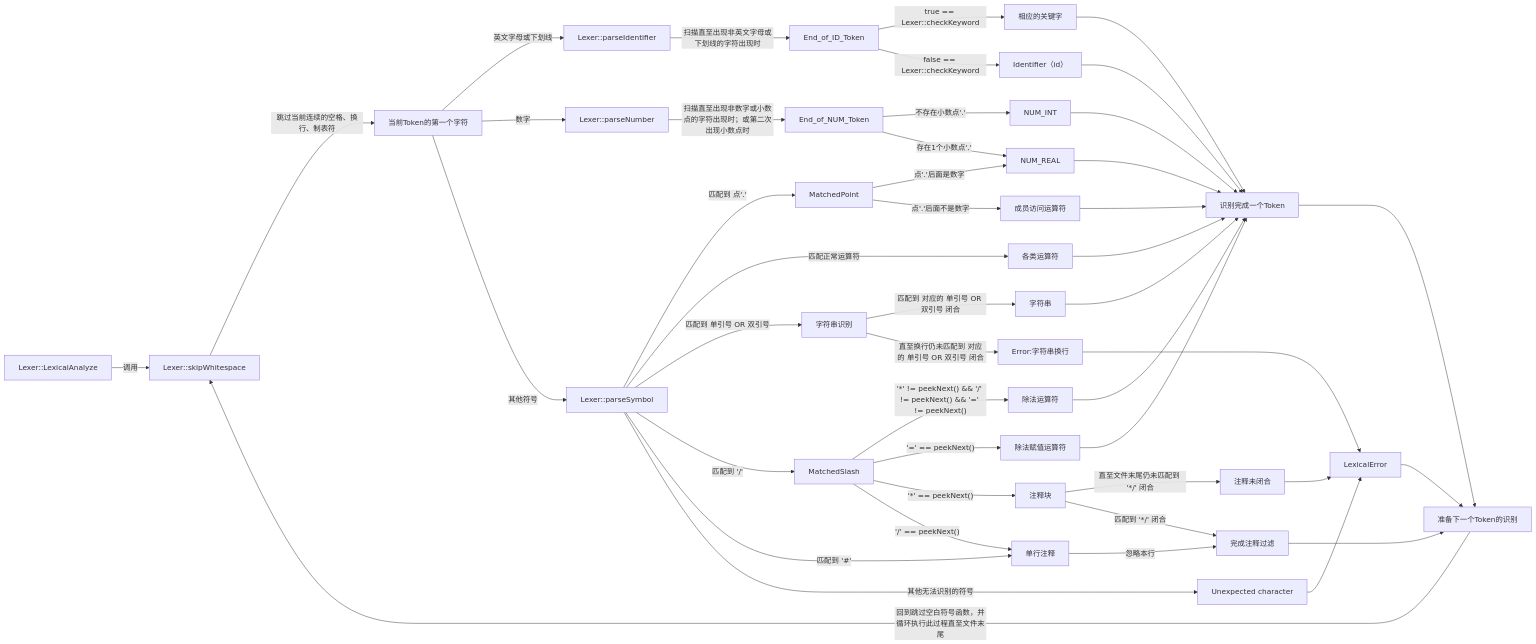
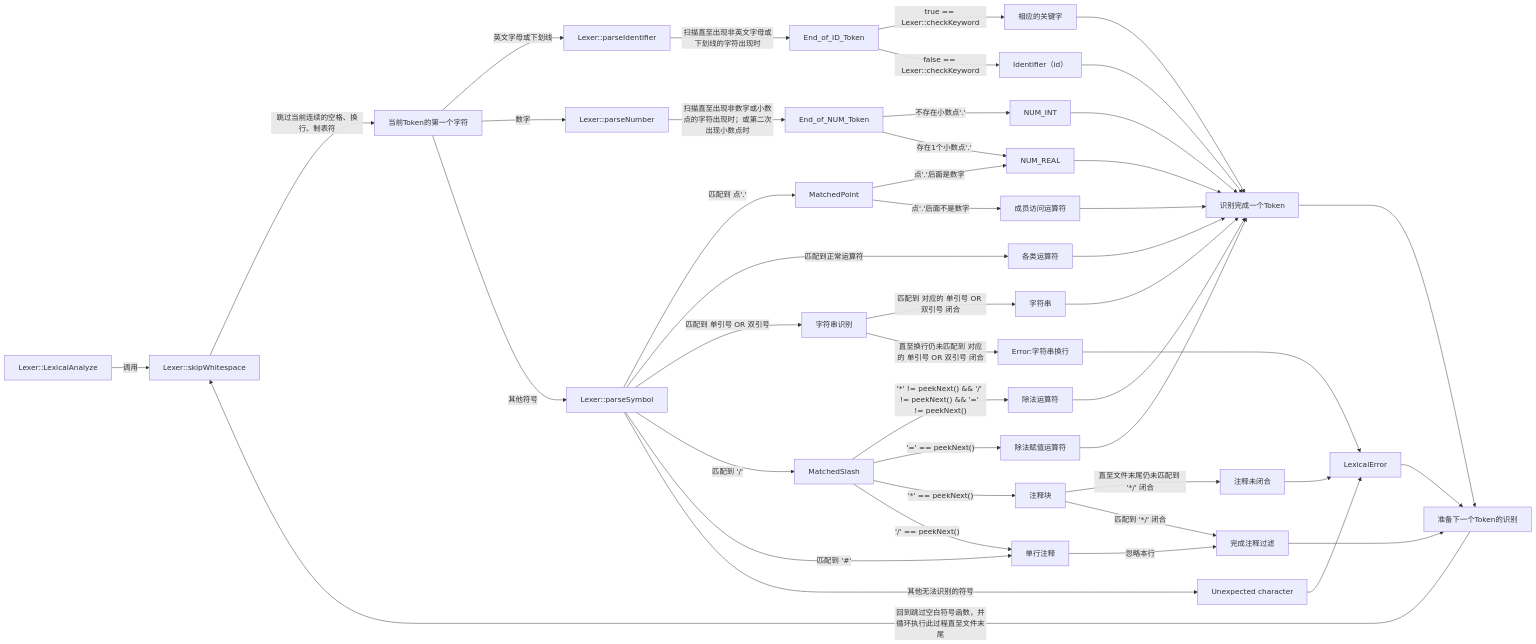
The diagram in LiteCompiler_C++/README.md (ice-bubble/LiteCompiler), drawn with Mermaid before and after one commit. The commit also changed other lines of this file and 1 other file, not shown here.

Commit message:
增加Visio绘制的算法流程图

````diff
--- a/LiteCompiler_C++/README.md
+++ b/LiteCompiler_C++/README.md
@@ -201,66 +162,65 @@
 ```mermaid
 graph LR
     Lexer::LexicalAnalyze["Lexer::LexicalAnalyze"] --> |"调用"|Lexer::skipWhitespace["Lexer::skipWhitespace"]
     Lexer::skipWhitespace --> |"跳过当前连续的空格、换行、制表符"|start["当前Token的第一个字符"]
     
     start --> |"英文字母或下划线"| Lexer::parseIdentifier["Lexer::parseIdentifier"]
     start --> |"数字"| Lexer::parseNumber["Lexer::parseNumber"]
     start --> |"其他符号"| Lexer::parseSymbol["Lexer::parseSymbol"]
     
     Lexer::parseIdentifier --> |"扫描直至出现非英文字母或下划线的字符出现时"|IdentifierEnd["End_of_ID_Token"]
     IdentifierEnd --> |"true == Lexer::checkKeyword"|returnKeywordType["相应的关键字"]
     IdentifierEnd --> |"false == Lexer::checkKeyword"|returnIdentifier["Identifier（id）"]
     
     Lexer::parseNumber --> |"扫描直至出现非数字或小数点的字符出现时；或第二次出现小数点时"|NumberEnd["End_of_NUM_Token"]
     NumberEnd --> |"不存在小数点'.'"|NUM_INT["NUM_INT"]
     NumberEnd --> |"存在1个小数点'.'"|NUM_REAL["NUM_REAL"]
     
     
     Lexer::parseSymbol --> |"匹配到 点'.'"|MatchedPoint["MatchedPoint"]
     MatchedPoint --> |"点'.'后面是数字"| NUM_REAL["NUM_REAL"]
     MatchedPoint --> |"点'.'后面不是数字"| Point_Operators["成员访问运算符"]
     
-    Lexer::parseSymbol --> |"匹配正常运算符"| Symbol_Operators["各类运算符"]
+    Lexer::parseSymbol --> |"匹配到正常运算符"| Symbol_Operators["各类运算符"]
     
-    Lexer::parseSymbol --> |"匹配到 单引号 OR 双引号 "| StringStart["字符串识别"]
+    Lexer::parseSymbol --> |"匹配到 单引号 OR 双引号"| StringStart["字符串识别"]
     StringStart --> |"匹配到 对应的 单引号 OR 双引号 闭合"| StringEnd["字符串"]
     StringStart --> |"直至换行仍未匹配到 对应的 单引号 OR 双引号 闭合"| StringError["Error:字符串换行"]
     
     Lexer::parseSymbol --> |"匹配到 '/'"| MatchedSlash["MatchedSlash"]
     MatchedSlash --> |"'*' != peekNext() && '/' != peekNext() && '=' != peekNext()"| Divide_Operators["除法运算符"]
     MatchedSlash --> |"'=' == peekNext()"| Divide_Assignmnt_Operators["除法赋值运算符"]
     MatchedSlash --> |"'*' == peekNext()"| CommentBlock["注释块"]
     MatchedSlash --> |"'/' == peekNext()"| Comment["单行注释"]
     CommentBlock --> |"直至文件末尾仍未匹配到 '*/' 闭合"| CompleteError["注释未闭合"]
     CommentBlock --> |"匹配到 '*/' 闭合"| CompleteComment["完成注释过滤"]
     
     
     Lexer::parseSymbol --> |"匹配到 '#'"| Comment["单行注释"]
     Comment --> |"忽略本行"| CompleteComment["完成注释过滤"]
     
     
     
     
     Lexer::parseSymbol --> |"其他无法识别的符号"| Unexpected_character["Unexpected character"]
     
     StringError --> LexicalError["LexicalError"]
     Unexpected_character --> LexicalError["LexicalError"]
     CompleteError --> LexicalError["LexicalError"]
     
     returnKeywordType --> CompleteToken["识别完成一个Token"]
     returnIdentifier --> CompleteToken["识别完成一个Token"]
     NUM_REAL --> CompleteToken["识别完成一个Token"]
     NUM_INT --> CompleteToken["识别完成一个Token"]
     Symbol_Operators --> CompleteToken["识别完成一个Token"]
     StringEnd --> CompleteToken["识别完成一个Token"]
     Point_Operators --> CompleteToken["识别完成一个Token"]
     Divide_Operators --> CompleteToken["识别完成一个Token"]
     Divide_Assignmnt_Operators --> CompleteToken["识别完成一个Token"]
     
     CompleteToken --> NextToken["准备下一个Token的识别"]
     CompleteComment --> NextToken["准备下一个Token的识别"]
     LexicalError --> NextToken["准备下一个Token的识别"]
     
     NextToken --> |"回到跳过空白符号函数，并循环执行此过程直至文件末尾"|Lexer::skipWhitespace["Lexer::skipWhitespace"]
-    
 ```
````
